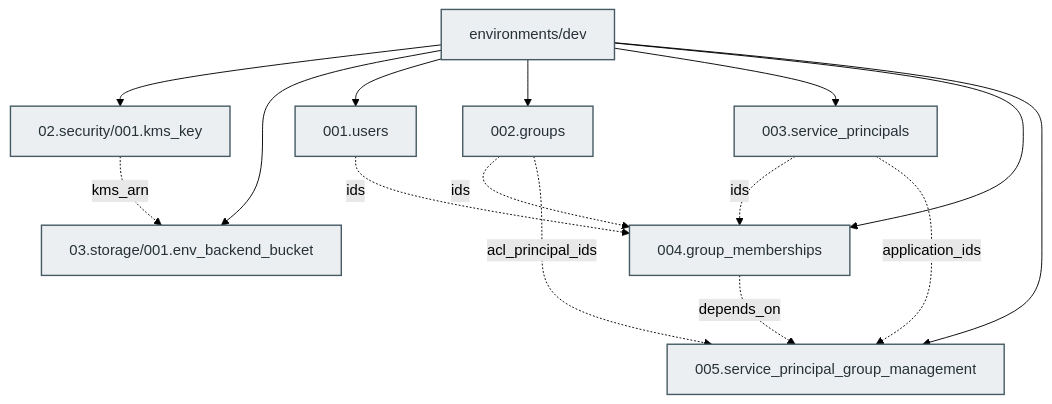
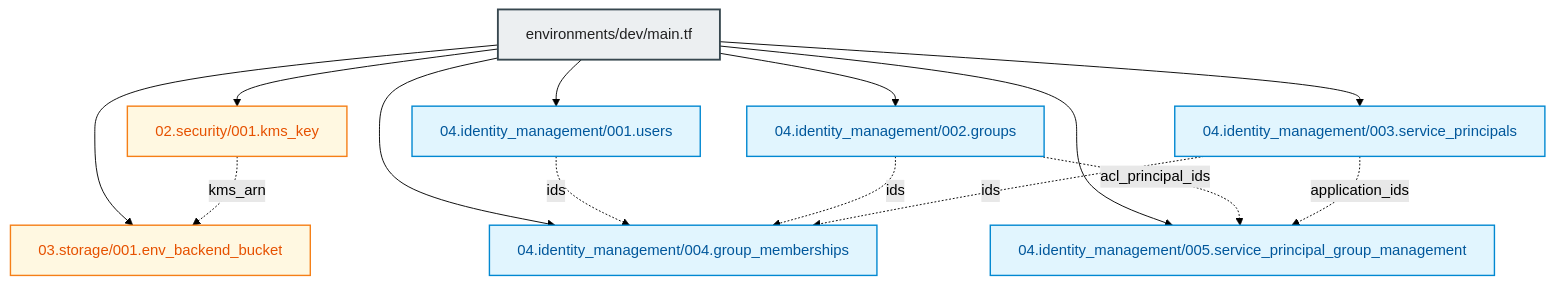
One commit to MikolajSedek/databricks_aws_deployment_02_identity_management changed the third of 3 diagrams in environments/dev/README.md. Above: the diagram before and after it, drawn with Mermaid (forest theme). The commit also changed other lines of this file and 9 other files, not shown here.

````diff
--- a/environments/dev/README.md
+++ b/environments/dev/README.md
@@ -103,29 +140,30 @@
 ```mermaid
 graph TD
-    classDef moduleNode fill:#ECEFF1,stroke:#455A64,stroke-width:1.5px,color:#263238;
-    classDef resourceNode fill:#E1F5FE,stroke:#0288D1,stroke-width:1.5px,color:#01579B;
+    classDef envRoot fill:#ECEFF1,stroke:#37474F,stroke-width:2px,color:#212121;
+    classDef secModule fill:#FFF8E1,stroke:#F57F17,stroke-width:1.5px,color:#E65100;
+    classDef idModule fill:#E1F5FE,stroke:#0288D1,stroke-width:1.5px,color:#01579B;
 
-    Root["environments/dev"]:::moduleNode
-    Kms["02.security/001.kms_key"]:::moduleNode
-    Bucket["03.storage/001.env_backend_bucket"]:::moduleNode
-    Users["001.users"]:::moduleNode
-    Groups["002.groups"]:::moduleNode
-    SPs["003.service_principals"]:::moduleNode
-    Memberships["004.group_memberships"]:::moduleNode
-    SpMgmt["005.service_principal_group_management"]:::moduleNode
+    DevRoot["environments/dev/main.tf"]:::envRoot
+    KmsMod["02.security/001.kms_key"]:::secModule
+    BucketMod["03.storage/001.env_backend_bucket"]:::secModule
+    UsersMod["04.identity_management/001.users"]:::idModule
+    GroupsMod["04.identity_management/002.groups"]:::idModule
+    SpMod["04.identity_management/003.service_principals"]:::idModule
+    MemberMod["04.identity_management/004.group_memberships"]:::idModule
+    SpMgmtMod["04.identity_management/005.service_principal_group_management"]:::idModule
 
-    Root --> Kms
-    Root --> Bucket
-    Root --> Users
-    Root --> Groups
-    Root --> SPs
-    Root --> Memberships
-    Root --> SpMgmt
-    Kms -.->|"kms_arn"| Bucket
-    Users -.->|"ids"| Memberships
-    Groups -.->|"ids"| Memberships
-    SPs -.->|"ids"| Memberships
-    Groups -.->|"acl_principal_ids"| SpMgmt
-    SPs -.->|"application_ids"| SpMgmt
-    Memberships -.->|"depends_on"| SpMgmt
+    DevRoot --> KmsMod
+    DevRoot --> BucketMod
+    DevRoot --> UsersMod
+    DevRoot --> GroupsMod
+    DevRoot --> SpMod
+    DevRoot --> MemberMod
+    DevRoot --> SpMgmtMod
+
+    KmsMod -.->|"kms_arn"| BucketMod
+    UsersMod -.->|"ids"| MemberMod
+    GroupsMod -.->|"ids"| MemberMod
+    SpMod -.->|"ids"| MemberMod
+    GroupsMod -.->|"acl_principal_ids"| SpMgmtMod
+    SpMod -.->|"application_ids"| SpMgmtMod
 ```
````
